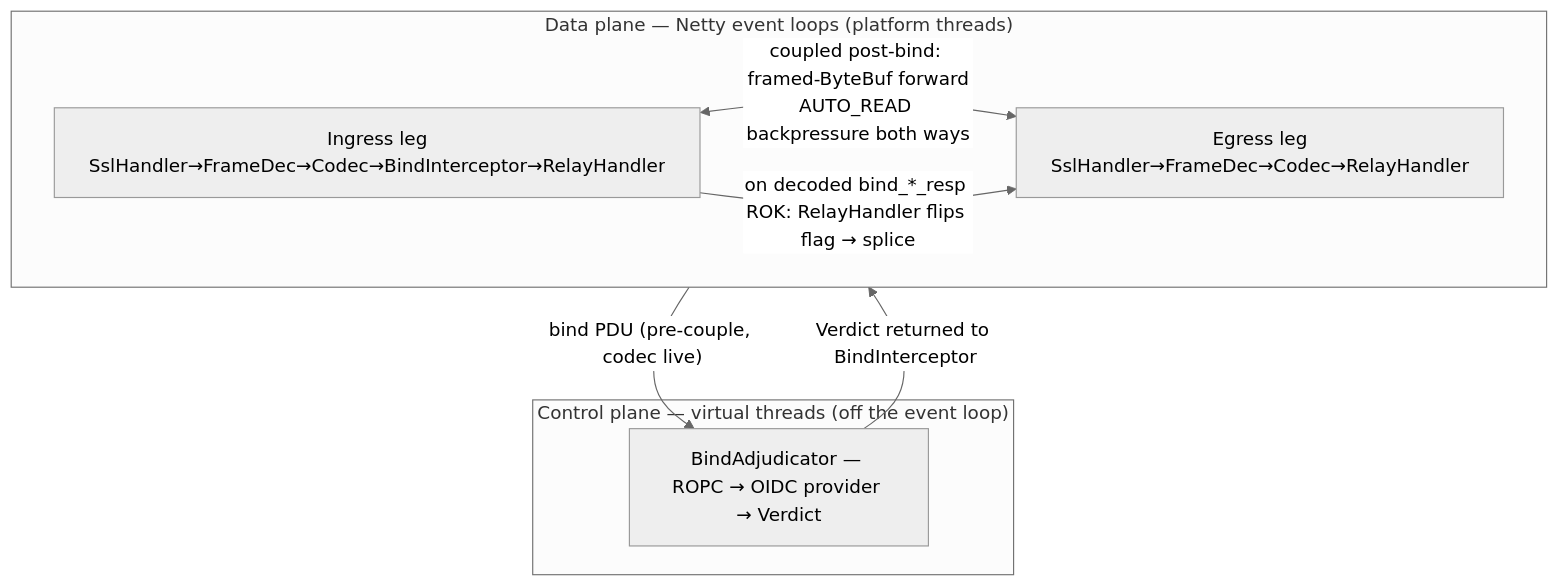
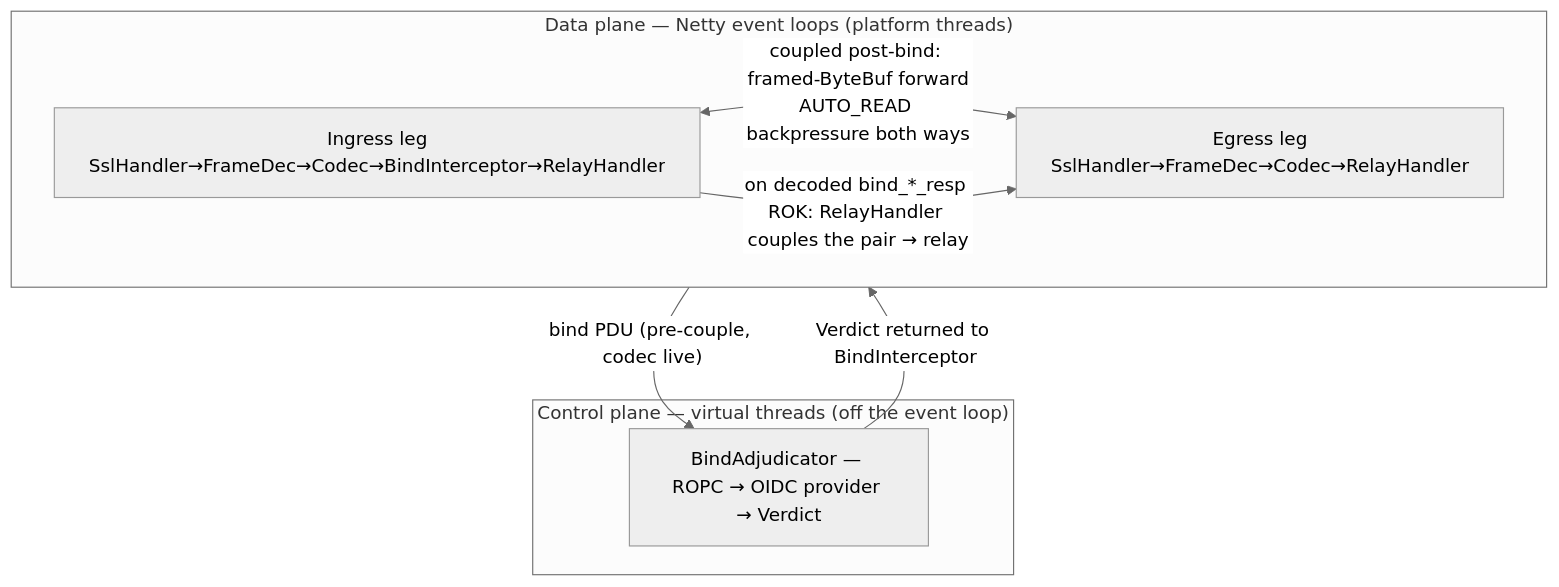
The first of 4 diagrams in _bmad-output/planning-artifacts/architecture/architecture-smpp-companions-2026-07-19/ARCHITECTURE-SPINE.md (ildarsharafutdinov/smpp-companions), drawn with Mermaid (neutral theme) before and after one commit. The commit also changed other lines of this file and 35 other files, not shown here.

````diff
--- a/_bmad-output/planning-artifacts/architecture/architecture-smpp-companions-2026-07-19/ARCHITECTURE-SPINE.md
+++ b/_bmad-output/planning-artifacts/architecture/architecture-smpp-companions-2026-07-19/ARCHITECTURE-SPINE.md
@@ -47,15 +47,15 @@
 ```mermaid
 flowchart TB
   subgraph DP["Data plane — Netty event loops (platform threads)"]
     direction LR
     IL["Ingress leg<br/>SslHandler→FrameDec→Codec→BindInterceptor→RelayHandler"]
     EL["Egress leg<br/>SslHandler→FrameDec→Codec→RelayHandler"]
     IL <-->|"coupled post-bind: framed-ByteBuf forward<br/>AUTO_READ backpressure both ways"| EL
   end
   subgraph CP["Control plane — virtual threads (off the event loop)"]
     BA["BindAdjudicator — ROPC → OIDC provider → Verdict"]
   end
   IL -->|"bind PDU (pre-couple, codec live)"| BA
   BA -->|"Verdict returned to BindInterceptor"| IL
-  IL -->|"on decoded bind_*_resp ROK: RelayHandler flips flag → splice"| EL
+  IL -->|"on decoded bind_*_resp ROK: RelayHandler couples the pair → relay"| EL
 ```
````
